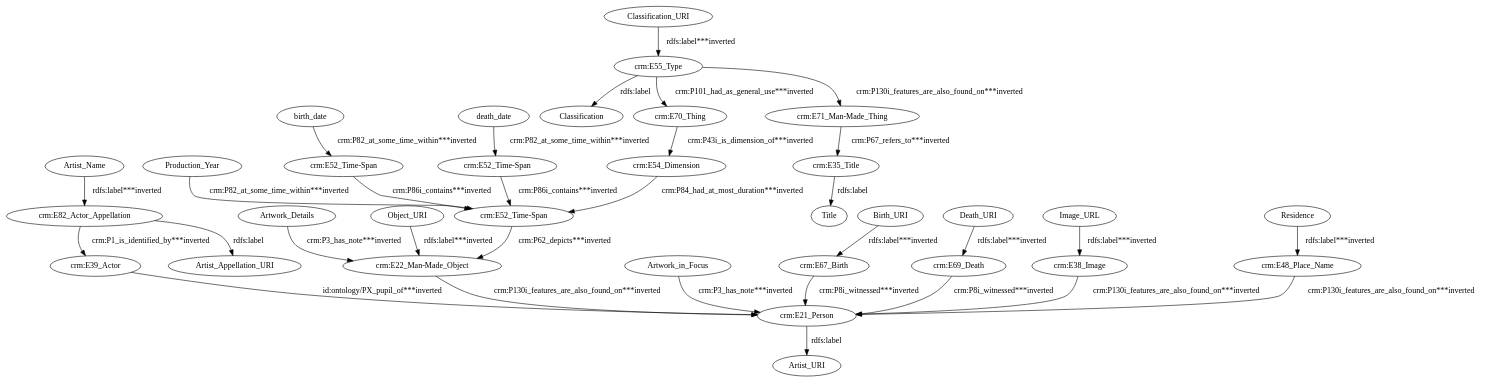
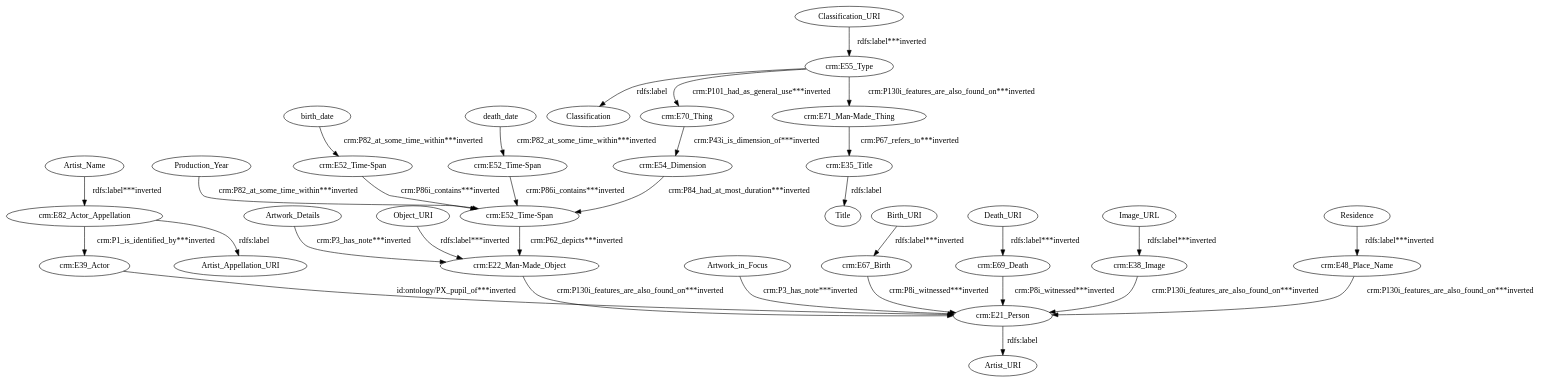
Before and after one commit to giuseppefutia/semi: the diagram in data/taheriyan2016/task_02/semantic_models/steiner/dot/s20-s-lacma.dot, drawn with Graphviz. The commit also changed 223 other files, not shown here.

```diff
--- a/data/taheriyan2016/task_02/semantic_models/steiner/dot/s20-s-lacma.dot
+++ b/data/taheriyan2016/task_02/semantic_models/steiner/dot/s20-s-lacma.dot
@@ -1,65 +1,65 @@
 digraph {
   Artist_Name [type=attribute_name,label=Artist_Name]
   "crm:E82_Actor_Appellation1" [type=class_uri,label="crm:E82_Actor_Appellation"]
   Artwork_Details [type=attribute_name,label=Artwork_Details]
   "crm:E22_Man-Made_Object1" [type=class_uri,label="crm:E22_Man-Made_Object"]
   Artwork_in_Focus [type=attribute_name,label=Artwork_in_Focus]
   "crm:E21_Person1" [type=class_uri,label="crm:E21_Person"]
   Birth_URI [type=attribute_name,label=Birth_URI]
   "crm:E67_Birth1" [type=class_uri,label="crm:E67_Birth"]
   Classification_URI [type=attribute_name,label=Classification_URI]
   "crm:E55_Type1" [type=class_uri,label="crm:E55_Type"]
   Death_URI [type=attribute_name,label=Death_URI]
   "crm:E69_Death1" [type=class_uri,label="crm:E69_Death"]
   Image_URL [type=attribute_name,label=Image_URL]
   "crm:E38_Image1" [type=class_uri,label="crm:E38_Image"]
   Object_URI [type=attribute_name,label=Object_URI]
   Production_Year [type=attribute_name,label=Production_Year]
   "crm:E52_Time-Span1" [type=class_uri,label="crm:E52_Time-Span"]
   Residence [type=attribute_name,label=Residence]
   "crm:E48_Place_Name1" [type=class_uri,label="crm:E48_Place_Name"]
   birth_date [type=attribute_name,label=birth_date]
   "crm:E52_Time-Span2" [type=class_uri,label="crm:E52_Time-Span"]
   Artist_URI [type=attribute_name,label=Artist_URI]
   "crm:E35_Title1" [type=class_uri,label="crm:E35_Title"]
   Title [type=attribute_name,label=Title]
   "crm:E39_Actor" [type=class_uri,label="crm:E39_Actor"]
   "crm:E52_Time-Span3" [type=class_uri,label="crm:E52_Time-Span"]
   "crm:E54_Dimension" [type=class_uri,label="crm:E54_Dimension"]
   Classification [type=attribute_name,label=Classification]
   "crm:E70_Thing" [type=class_uri,label="crm:E70_Thing"]
   "crm:E71_Man-Made_Thing" [type=class_uri,label="crm:E71_Man-Made_Thing"]
   Artist_Appellation_URI [type=attribute_name,label=Artist_Appellation_URI]
   death_date [type=attribute_name,label=death_date]
-  Artist_Name -> "crm:E82_Actor_Appellation1" [type=st_property_uri,label="rdfs:label***inverted"]
-  Artwork_Details -> "crm:E22_Man-Made_Object1" [type=st_property_uri,label="crm:P3_has_note***inverted"]
-  Artwork_in_Focus -> "crm:E21_Person1" [type=st_property_uri,label="crm:P3_has_note***inverted"]
-  Birth_URI -> "crm:E67_Birth1" [type=st_property_uri,label="rdfs:label***inverted"]
-  Classification_URI -> "crm:E55_Type1" [type=st_property_uri,label="rdfs:label***inverted"]
-  Death_URI -> "crm:E69_Death1" [type=st_property_uri,label="rdfs:label***inverted"]
-  Image_URL -> "crm:E38_Image1" [type=st_property_uri,label="rdfs:label***inverted"]
-  Object_URI -> "crm:E22_Man-Made_Object1" [type=st_property_uri,label="rdfs:label***inverted"]
-  Production_Year -> "crm:E52_Time-Span1" [type=st_property_uri,label="crm:P82_at_some_time_within***inverted"]
-  Residence -> "crm:E48_Place_Name1" [type=st_property_uri,label="rdfs:label***inverted"]
-  birth_date -> "crm:E52_Time-Span2" [type=st_property_uri,label="crm:P82_at_some_time_within***inverted"]
+  Artist_Name -> "crm:E82_Actor_Appellation1" [type=st_property_uri,label="rdfs:label***inverted",weight=1]
+  Artwork_Details -> "crm:E22_Man-Made_Object1" [type=st_property_uri,label="crm:P3_has_note***inverted",weight=1]
+  Artwork_in_Focus -> "crm:E21_Person1" [type=st_property_uri,label="crm:P3_has_note***inverted",weight=1]
+  Birth_URI -> "crm:E67_Birth1" [type=st_property_uri,label="rdfs:label***inverted",weight=1]
+  Classification_URI -> "crm:E55_Type1" [type=st_property_uri,label="rdfs:label***inverted",weight=1]
+  Death_URI -> "crm:E69_Death1" [type=st_property_uri,label="rdfs:label***inverted",weight=1]
+  Image_URL -> "crm:E38_Image1" [type=st_property_uri,label="rdfs:label***inverted",weight=1]
+  Object_URI -> "crm:E22_Man-Made_Object1" [type=st_property_uri,label="rdfs:label***inverted",weight=1]
+  Production_Year -> "crm:E52_Time-Span1" [type=st_property_uri,label="crm:P82_at_some_time_within***inverted",weight=1]
+  Residence -> "crm:E48_Place_Name1" [type=st_property_uri,label="rdfs:label***inverted",weight=1]
+  birth_date -> "crm:E52_Time-Span2" [type=st_property_uri,label="crm:P82_at_some_time_within***inverted",weight=1]
   "crm:E21_Person1" -> Artist_URI [label="rdfs:label",type=st_property_uri]
-  "crm:E22_Man-Made_Object1" -> "crm:E21_Person1" [type=inherited,label="crm:P130i_features_are_also_found_on***inverted"]
+  "crm:E22_Man-Made_Object1" -> "crm:E21_Person1" [type=inherited,label="crm:P130i_features_are_also_found_on***inverted",weight=4]
   "crm:E35_Title1" -> Title [label="rdfs:label",type=st_property_uri]
-  "crm:E38_Image1" -> "crm:E21_Person1" [type=inherited,label="crm:P130i_features_are_also_found_on***inverted"]
-  "crm:E39_Actor" -> "crm:E21_Person1" [type=direct_property_uri,label="id:ontology/PX_pupil_of***inverted"]
-  "crm:E48_Place_Name1" -> "crm:E21_Person1" [type=inherited,label="crm:P130i_features_are_also_found_on***inverted"]
-  "crm:E52_Time-Span1" -> "crm:E22_Man-Made_Object1" [type=inherited,label="crm:P62_depicts***inverted"]
-  "crm:E52_Time-Span2" -> "crm:E52_Time-Span1" [type=direct_property_uri,label="crm:P86i_contains***inverted"]
-  "crm:E52_Time-Span3" -> "crm:E52_Time-Span1" [type=direct_property_uri,label="crm:P86i_contains***inverted"]
-  "crm:E54_Dimension" -> "crm:E52_Time-Span1" [type=direct_property_uri,label="crm:P84_had_at_most_duration***inverted"]
+  "crm:E38_Image1" -> "crm:E21_Person1" [type=inherited,label="crm:P130i_features_are_also_found_on***inverted",weight=4]
+  "crm:E39_Actor" -> "crm:E21_Person1" [type=direct_property_uri,label="id:ontology/PX_pupil_of***inverted",weight=1]
+  "crm:E48_Place_Name1" -> "crm:E21_Person1" [type=inherited,label="crm:P130i_features_are_also_found_on***inverted",weight=4]
+  "crm:E52_Time-Span1" -> "crm:E22_Man-Made_Object1" [type=inherited,label="crm:P62_depicts***inverted",weight=4]
+  "crm:E52_Time-Span2" -> "crm:E52_Time-Span1" [type=direct_property_uri,label="crm:P86i_contains***inverted",weight=1]
+  "crm:E52_Time-Span3" -> "crm:E52_Time-Span1" [type=direct_property_uri,label="crm:P86i_contains***inverted",weight=1]
+  "crm:E54_Dimension" -> "crm:E52_Time-Span1" [type=direct_property_uri,label="crm:P84_had_at_most_duration***inverted",weight=1]
   "crm:E55_Type1" -> Classification [label="rdfs:label",type=st_property_uri]
-  "crm:E55_Type1" -> "crm:E70_Thing" [type=direct_property_uri,label="crm:P101_had_as_general_use***inverted"]
-  "crm:E55_Type1" -> "crm:E71_Man-Made_Thing" [type=inherited,label="crm:P130i_features_are_also_found_on***inverted"]
-  "crm:E67_Birth1" -> "crm:E21_Person1" [type=inherited,label="crm:P8i_witnessed***inverted"]
-  "crm:E69_Death1" -> "crm:E21_Person1" [type=inherited,label="crm:P8i_witnessed***inverted"]
-  "crm:E70_Thing" -> "crm:E54_Dimension" [type=direct_property_uri,label="crm:P43i_is_dimension_of***inverted"]
-  "crm:E71_Man-Made_Thing" -> "crm:E35_Title1" [type=inherited,label="crm:P67_refers_to***inverted"]
+  "crm:E55_Type1" -> "crm:E70_Thing" [type=direct_property_uri,label="crm:P101_had_as_general_use***inverted",weight=1]
+  "crm:E55_Type1" -> "crm:E71_Man-Made_Thing" [type=inherited,label="crm:P130i_features_are_also_found_on***inverted",weight=4]
+  "crm:E67_Birth1" -> "crm:E21_Person1" [type=inherited,label="crm:P8i_witnessed***inverted",weight=4]
+  "crm:E69_Death1" -> "crm:E21_Person1" [type=inherited,label="crm:P8i_witnessed***inverted",weight=4]
+  "crm:E70_Thing" -> "crm:E54_Dimension" [type=direct_property_uri,label="crm:P43i_is_dimension_of***inverted",weight=1]
+  "crm:E71_Man-Made_Thing" -> "crm:E35_Title1" [type=inherited,label="crm:P67_refers_to***inverted",weight=4]
   "crm:E82_Actor_Appellation1" -> Artist_Appellation_URI [label="rdfs:label",type=st_property_uri]
-  "crm:E82_Actor_Appellation1" -> "crm:E39_Actor" [type=inherited,label="crm:P1_is_identified_by***inverted"]
-  death_date -> "crm:E52_Time-Span3" [type=st_property_uri,label="crm:P82_at_some_time_within***inverted"]
+  "crm:E82_Actor_Appellation1" -> "crm:E39_Actor" [type=inherited,label="crm:P1_is_identified_by***inverted",weight=4]
+  death_date -> "crm:E52_Time-Span3" [type=st_property_uri,label="crm:P82_at_some_time_within***inverted",weight=1]
 }
```
